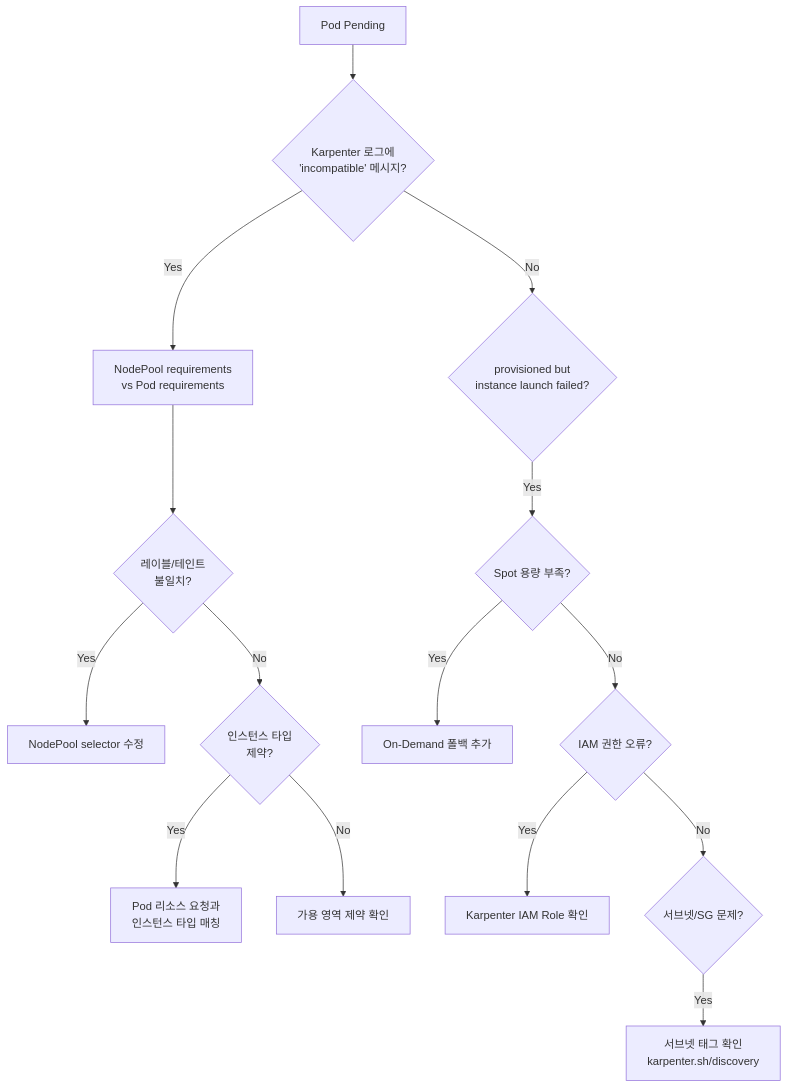
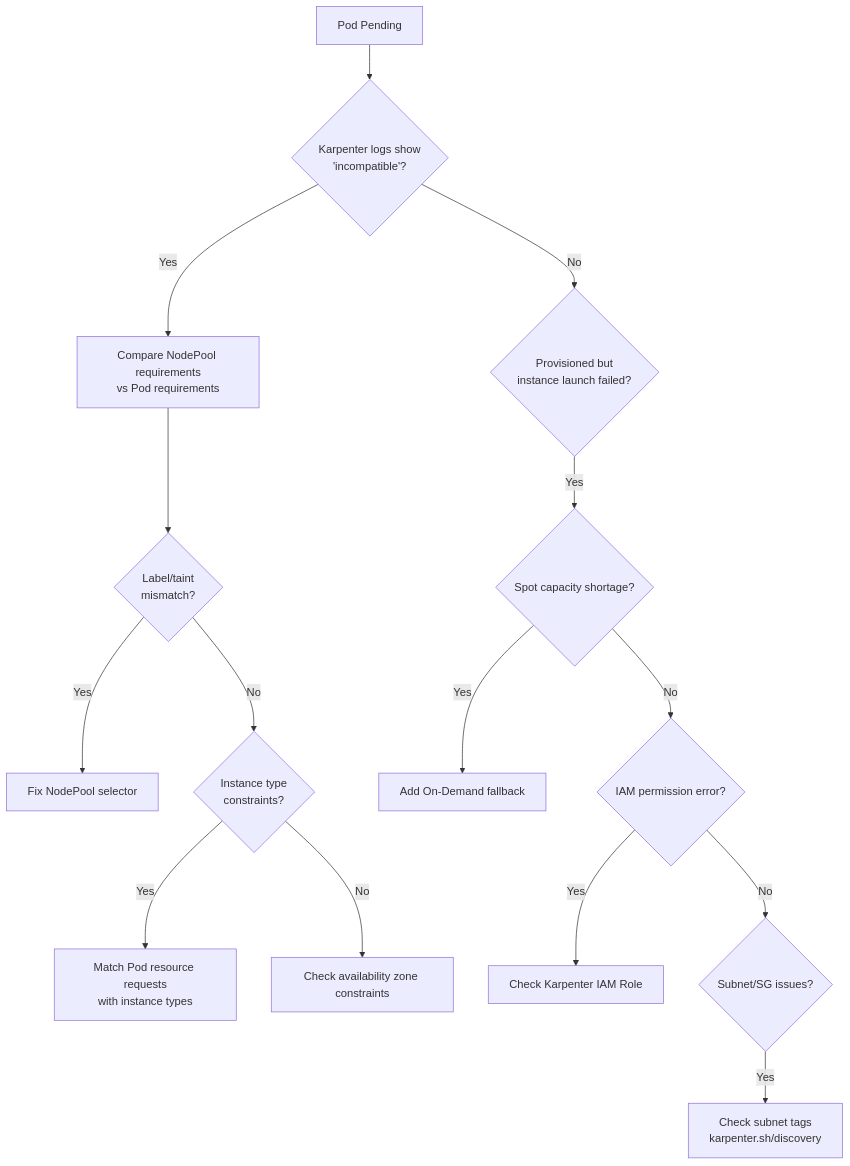
Before and after one commit to devfloor9/engineering-playbook: the second of 4 diagrams in docs/eks-best-practices/operations-reliability/eks-debugging/karpenter.md, drawn with Mermaid. The commit also changed other lines of this file and 954 other files, not shown here.

````diff
--- a/docs/eks-best-practices/operations-reliability/eks-debugging/karpenter.md
+++ b/docs/eks-best-practices/operations-reliability/eks-debugging/karpenter.md
@@ -84,21 +84,21 @@
 ```mermaid
 flowchart TD
-    A[Pod Pending] --> B{Karpenter 로그에<br/>'incompatible' 메시지?}
-    B -->|Yes| C[NodePool requirements<br/>vs Pod requirements]
-    B -->|No| D{provisioned but<br/>instance launch failed?}
+    A[Pod Pending] --> B{Karpenter logs show<br/>'incompatible'?}
+    B -->|Yes| C[Compare NodePool requirements<br/>vs Pod requirements]
+    B -->|No| D{Provisioned but<br/>instance launch failed?}
 
-    C --> E{레이블/테인트<br/>불일치?}
-    E -->|Yes| F[NodePool selector 수정]
-    E -->|No| G{인스턴스 타입<br/>제약?}
+    C --> E{Label/taint<br/>mismatch?}
+    E -->|Yes| F[Fix NodePool selector]
+    E -->|No| G{Instance type<br/>constraints?}
 
-    G -->|Yes| H[Pod 리소스 요청과<br/>인스턴스 타입 매칭]
-    G -->|No| I[가용 영역 제약 확인]
+    G -->|Yes| H[Match Pod resource requests<br/>with instance types]
+    G -->|No| I[Check availability zone constraints]
 
-    D -->|Yes| J{Spot 용량 부족?}
-    J -->|Yes| K[On-Demand 폴백 추가]
-    J -->|No| L{IAM 권한 오류?}
+    D -->|Yes| J{Spot capacity shortage?}
+    J -->|Yes| K[Add On-Demand fallback]
+    J -->|No| L{IAM permission error?}
 
-    L -->|Yes| M[Karpenter IAM Role 확인]
-    L -->|No| N{서브넷/SG 문제?}
-    N -->|Yes| O[서브넷 태그 확인<br/>karpenter.sh/discovery]
+    L -->|Yes| M[Check Karpenter IAM Role]
+    L -->|No| N{Subnet/SG issues?}
+    N -->|Yes| O[Check subnet tags<br/>karpenter.sh/discovery]
 ```
````
